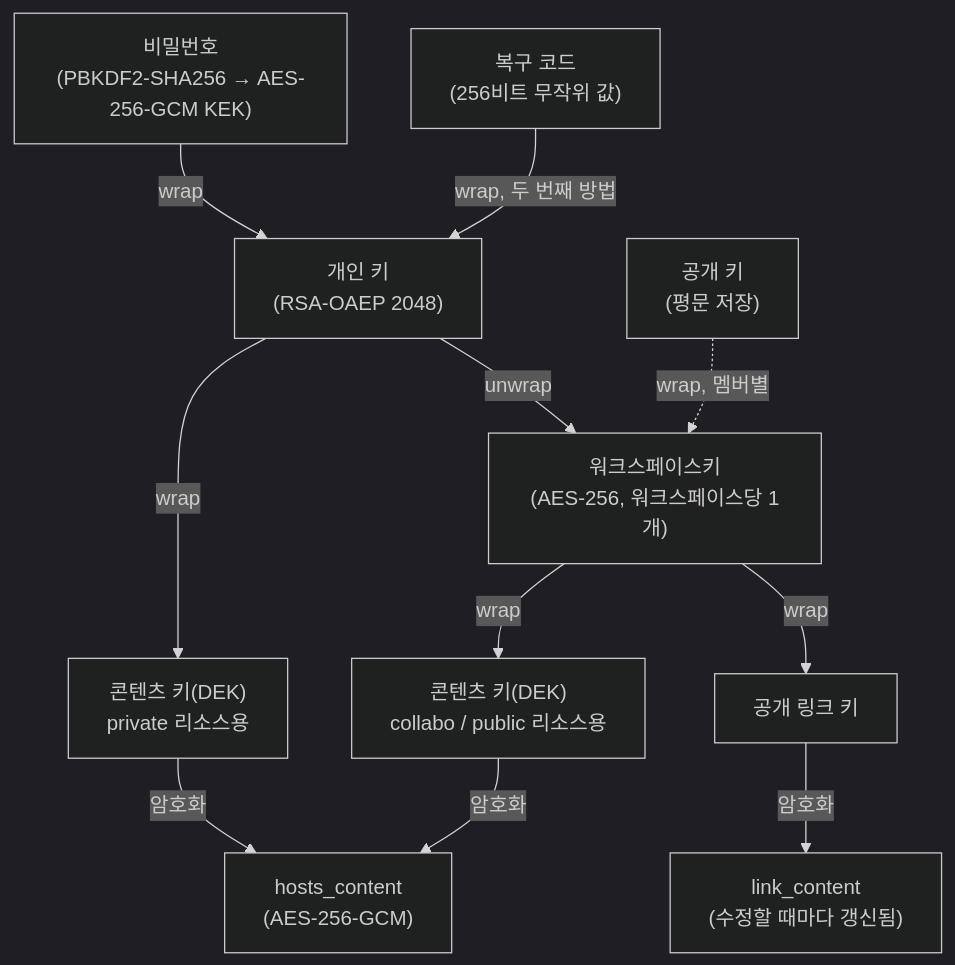
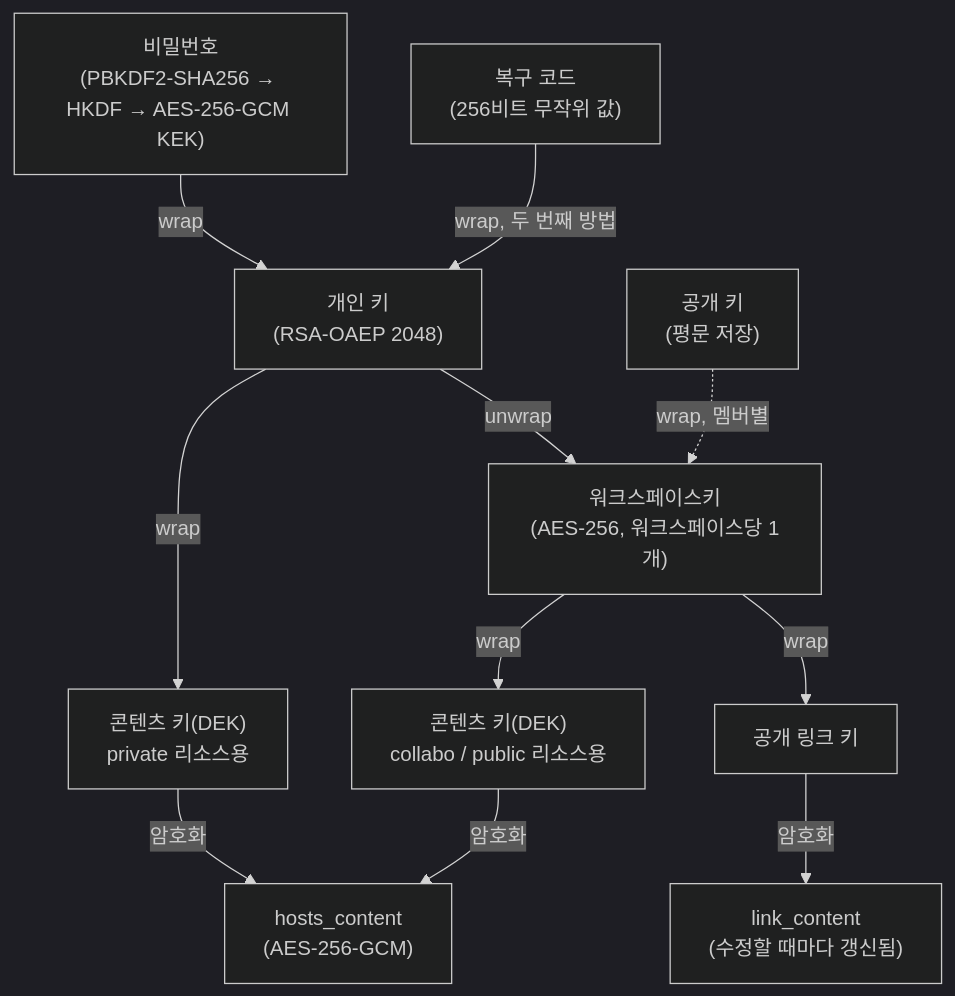
The diagram in docs/05-end-to-end-encryption.md (tricatch/oeHub), drawn with Mermaid (dark theme) before and after one commit. The commit also changed other lines of this file and 19 other files, not shown here.

````diff
--- a/docs/05-end-to-end-encryption.md
+++ b/docs/05-end-to-end-encryption.md
@@ -22,13 +22,13 @@
 ```mermaid
 flowchart TD
-    PW["비밀번호\n(PBKDF2-SHA256 → AES-256-GCM KEK)"] -->|wrap| PRIV["개인 키\n(RSA-OAEP 2048)"]
+    PW["비밀번호\n(PBKDF2-SHA256 → HKDF → AES-256-GCM KEK)"] -->|wrap| PRIV["개인 키\n(RSA-OAEP 2048)"]
     REC["복구 코드\n(256비트 무작위 값)"] -->|wrap, 두 번째 방법| PRIV
     PRIV -->|unwrap| WSK["워크스페이스키\n(AES-256, 워크스페이스당 1개)"]
     PUB["공개 키\n(평문 저장)"] -.->|wrap, 멤버별| WSK
     WSK -->|wrap| DEK_PUB["콘텐츠 키(DEK)\ncollabo / public 리소스용"]
     PRIV -->|wrap| DEK_PRIV["콘텐츠 키(DEK)\nprivate 리소스용"]
     DEK_PRIV -->|암호화| CONTENT["hosts_content\n(AES-256-GCM)"]
     DEK_PUB -->|암호화| CONTENT
     WSK -->|wrap| LINKKEY["공개 링크 키"]
     LINKKEY -->|암호화| LINKCONTENT["link_content\n(수정할 때마다 갱신됨)"]
 ```
````
